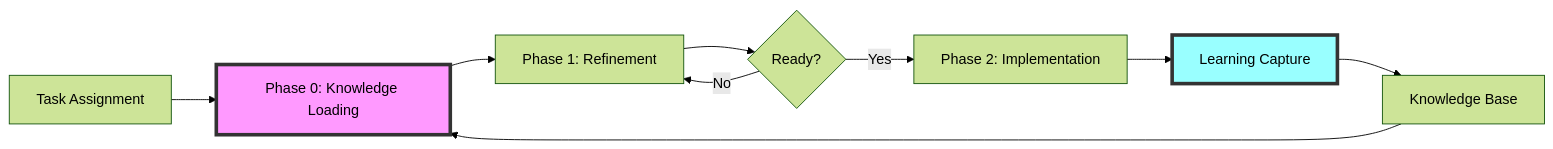
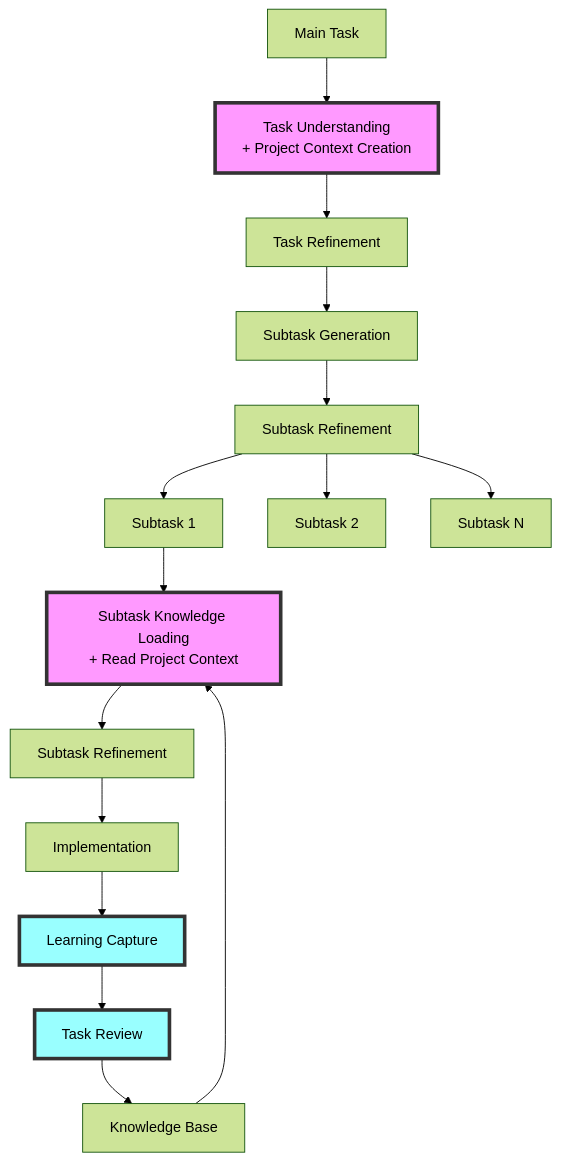
Before and after one commit to spinje/pflow: the diagram in .taskmaster/workflow/workflow-overview.md, drawn with Mermaid (forest theme). The commit also changed other lines of this file and 3 other files, not shown here.

````diff
--- a/.taskmaster/workflow/workflow-overview.md
+++ b/.taskmaster/workflow/workflow-overview.md
@@ -7,14 +7,23 @@
 ```mermaid
-graph LR
-    A[Task Assignment] --> B[Phase 0: Knowledge Loading]
-    B --> C[Phase 1: Refinement]
-    C --> D{Ready?}
-    D -->|Yes| E[Phase 2: Implementation]
-    D -->|No| C
-    E --> F[Learning Capture]
-    F --> G[Knowledge Base]
-    G --> B
+graph TB
+    A[Main Task] --> B[Task Understanding<br/>+ Project Context Creation]
+    B --> C[Task Refinement]
+    C --> D[Subtask Generation]
+    D --> E[Subtask Refinement]
+
+    E --> F[Subtask 1] & G[Subtask 2] & H[Subtask N]
+
+    F --> I[Subtask Knowledge Loading<br/>+ Read Project Context]
+    I --> J[Subtask Refinement]
+    J --> K[Implementation]
+    K --> L[Learning Capture]
+
+    L --> M[Task Review]
+    M --> N[Knowledge Base]
+    N --> I
 
     style B fill:#f9f,stroke:#333,stroke-width:4px
-    style F fill:#9ff,stroke:#333,stroke-width:4px
+    style I fill:#f9f,stroke:#333,stroke-width:4px
+    style M fill:#9ff,stroke:#333,stroke-width:4px
+    style L fill:#9ff,stroke:#333,stroke-width:4px
 ```
````
